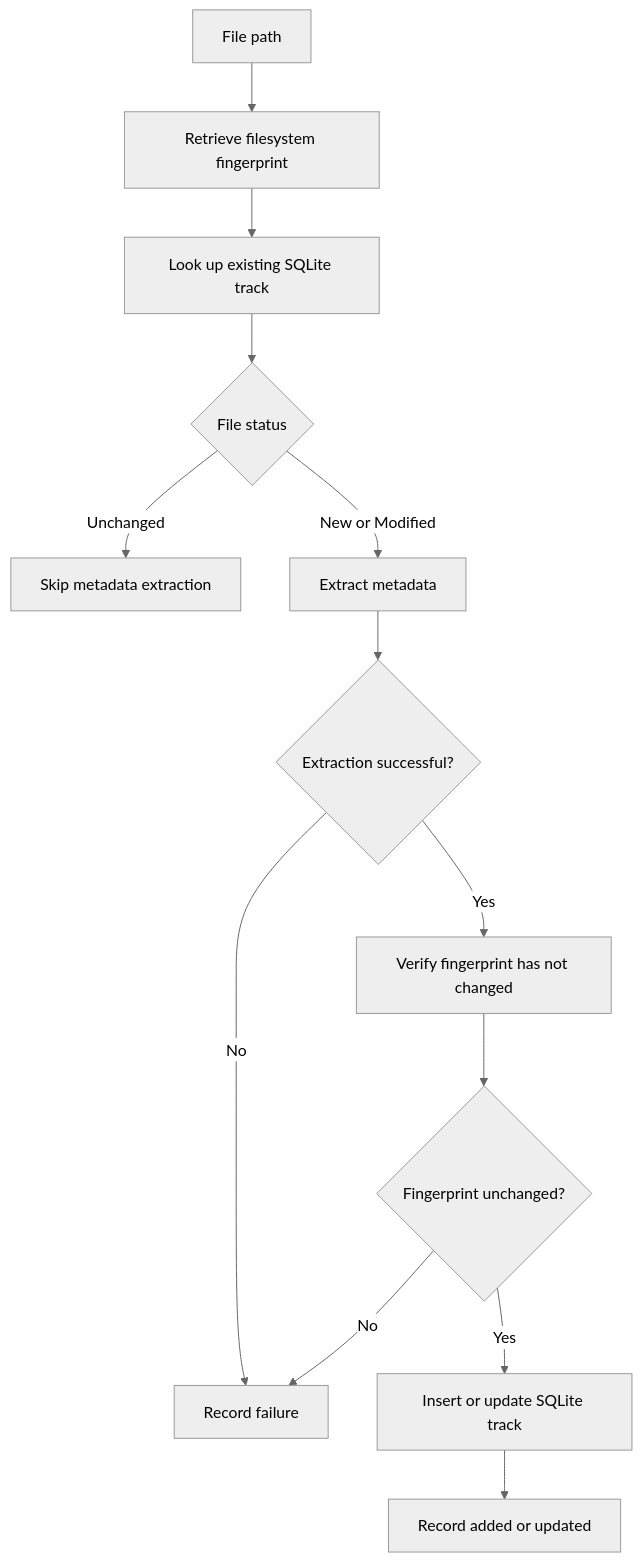
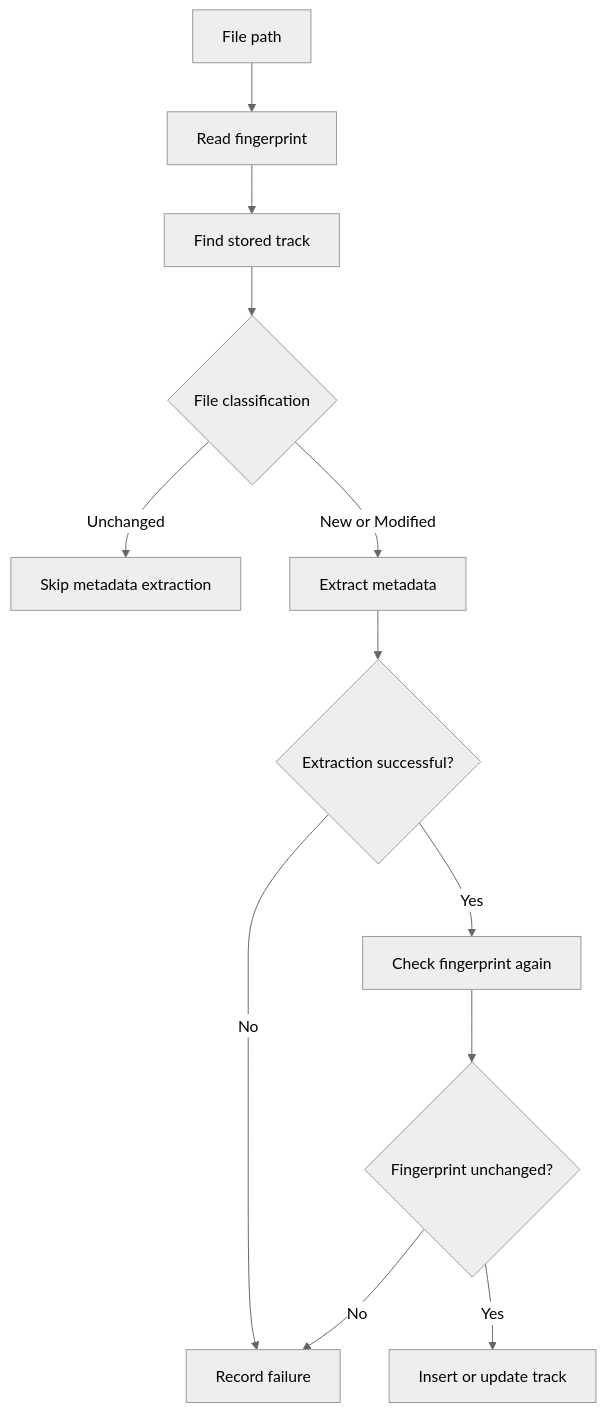
Before and after one commit to drtierney/karaoke-coding-challenges: the first of 2 diagrams in KaraokeCodingChallenges.IncrementalScanning/README.md, drawn with Mermaid (neutral theme). The commit also changed other lines of this file and 4 other files, not shown here.

````diff
--- a/KaraokeCodingChallenges.IncrementalScanning/README.md
+++ b/KaraokeCodingChallenges.IncrementalScanning/README.md
@@ -131,15 +74,14 @@
 ```mermaid
 flowchart TD
-    A[File path] --> B[Retrieve filesystem fingerprint]
-    B --> C[Look up existing SQLite track]
-    C --> D{File status}
+    A[File path] --> B[Read fingerprint]
+    B --> C[Find stored track]
+    C --> D{File classification}
     D -->|Unchanged| E[Skip metadata extraction]
     D -->|New or Modified| F[Extract metadata]
     F --> G{Extraction successful?}
     G -->|No| H[Record failure]
-    G -->|Yes| I[Verify fingerprint has not changed]
+    G -->|Yes| I[Check fingerprint again]
     I --> J{Fingerprint unchanged?}
     J -->|No| H
-    J -->|Yes| K[Insert or update SQLite track]
-    K --> L[Record added or updated]
+    J -->|Yes| K[Insert or update track]
 ```
````
